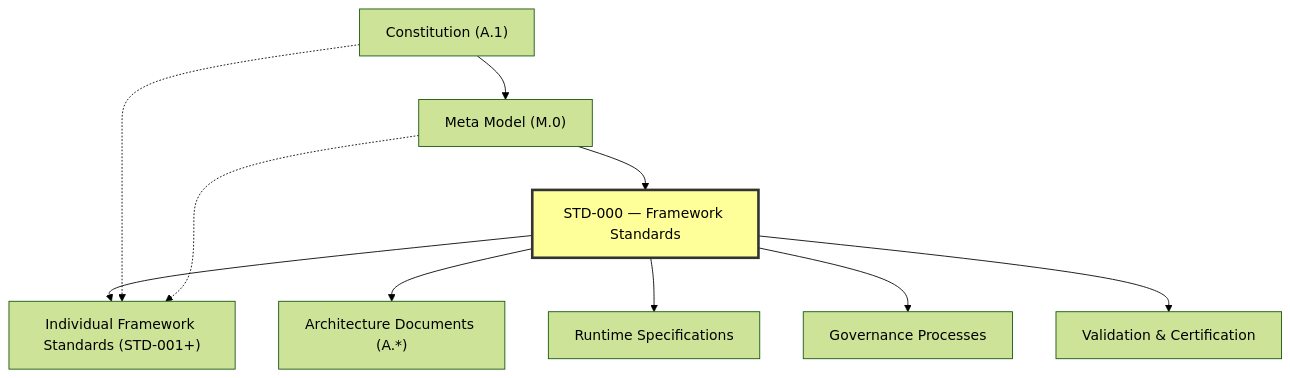
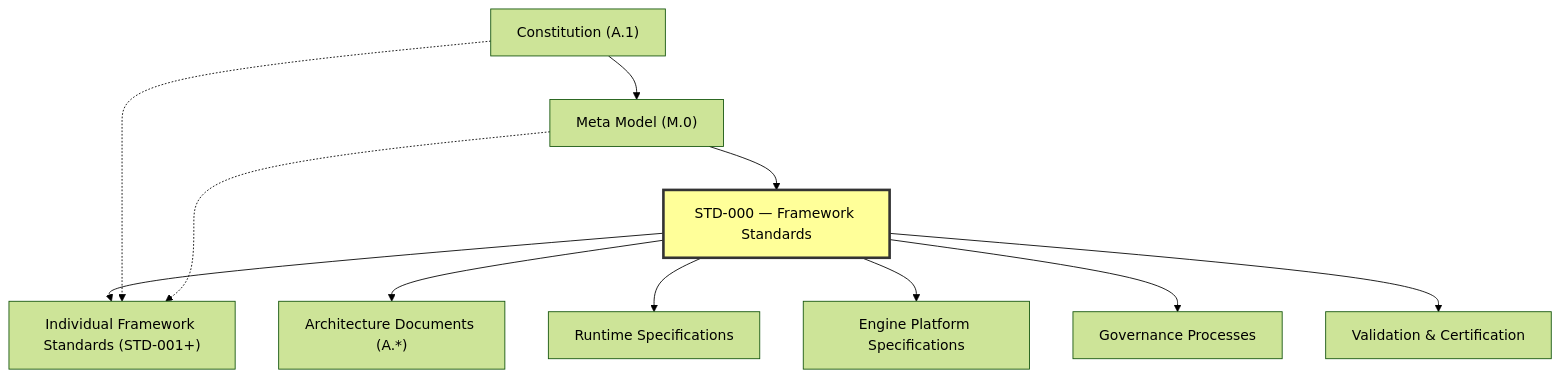
Before and after one commit to doallon/forge-ai: the third of 16 diagrams in docs/AI/Architecture/Standards/STD-000-Framework-Standards.md, drawn with Mermaid (forest theme). The commit also changed other lines of this file, not shown here.

Commit message:
Align STD-000 with engine platform architecture

````diff
--- a/docs/AI/Architecture/Standards/STD-000-Framework-Standards.md
+++ b/docs/AI/Architecture/Standards/STD-000-Framework-Standards.md
@@ -423,15 +433,16 @@
 ```mermaid
 graph TD
     CONST["Constitution (A.1)"] --> M0["Meta Model (M.0)"]
     M0 --> STD000["STD-000 — Framework Standards"]
     STD000 --> STD_N["Individual Framework Standards (STD-001+)"]
 
     CONST -.-> STD_N
     M0 -.-> STD_N
     STD000 --> ARCH["Architecture Documents (A.*)"]
     STD000 --> RUNTIME["Runtime Specifications"]
+    STD000 --> ENGINE["Engine Platform Specifications"]
     STD000 --> GOV["Governance Processes"]
     STD000 --> VAL["Validation & Certification"]
 
     style STD000 fill:#ff9,stroke:#333,stroke-width:3px
 ```
````
